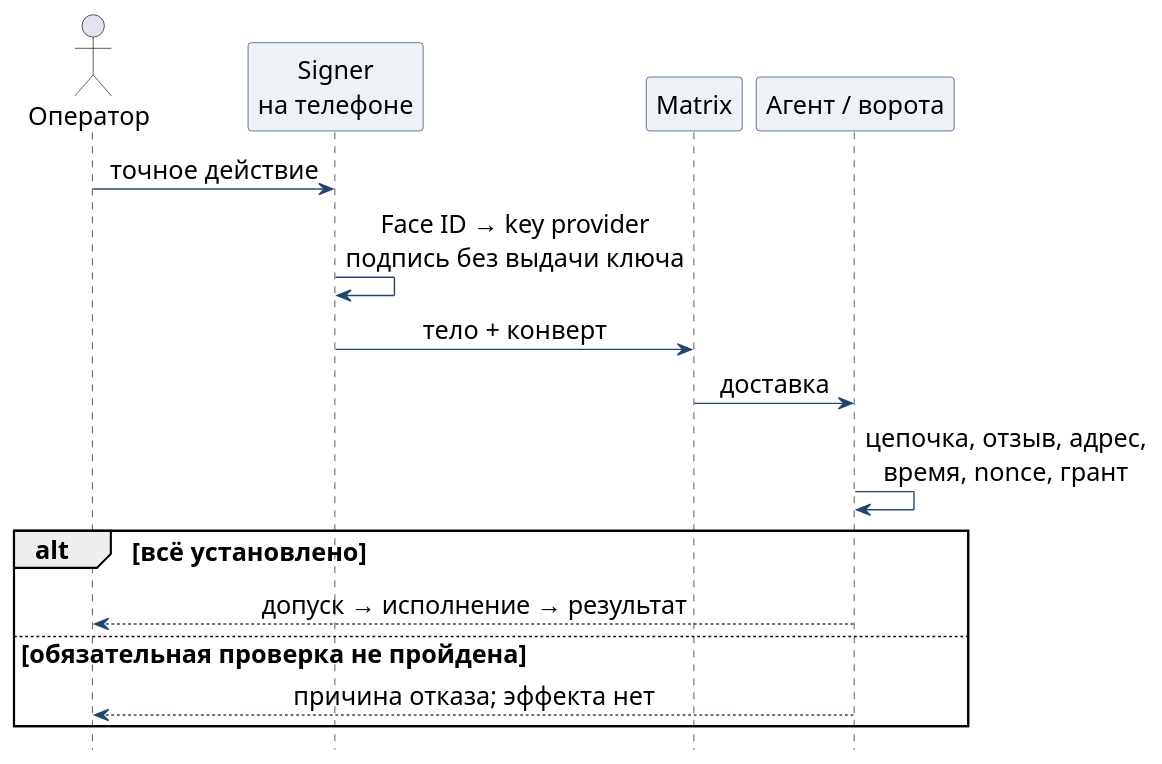
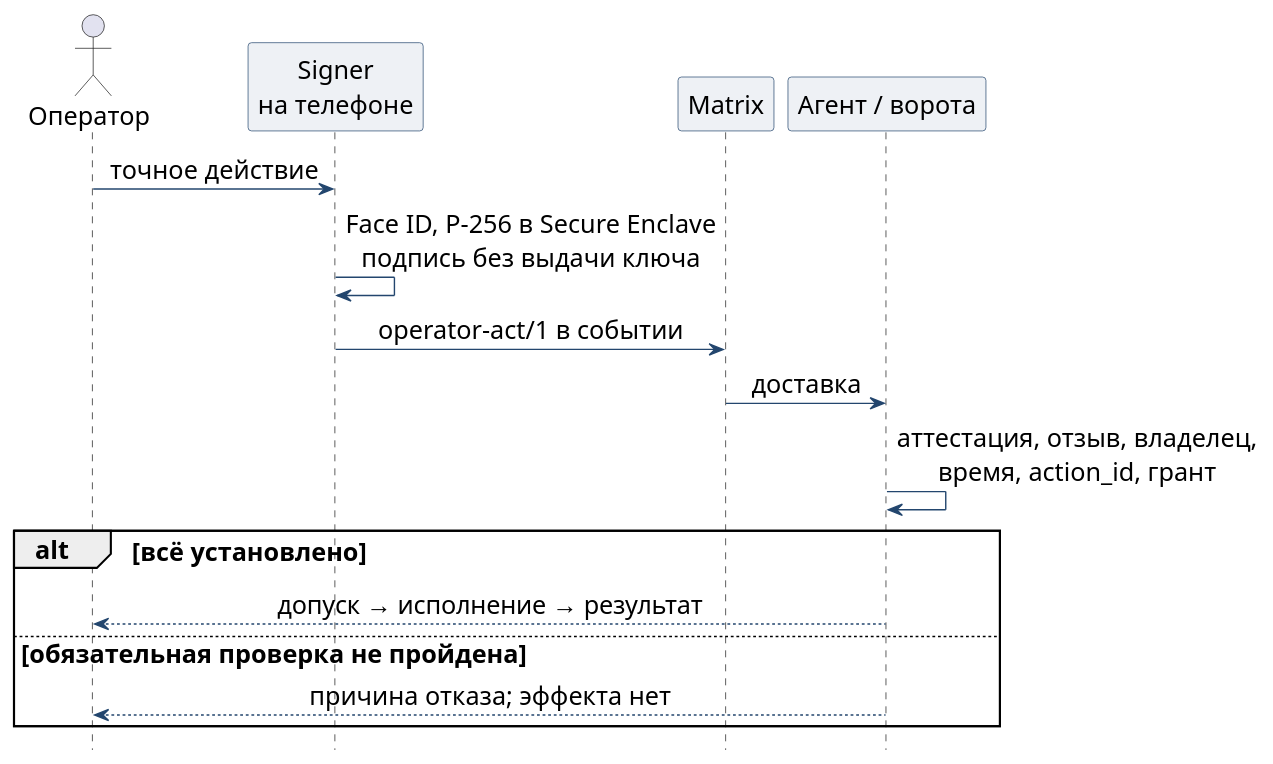
One commit to relux-works/swarma-docs changed the diagram in editorial/notes/signing-auth/src/phone-command.puml. Above: the diagram before and after it, drawn with PlantUML. The commit also changed 35 other files, not shown here.

```diff
--- a/editorial/notes/signing-auth/src/phone-command.puml
+++ b/editorial/notes/signing-auth/src/phone-command.puml
@@ -1,24 +1,24 @@
 @startuml
 skinparam defaultFontName PT Sans
 skinparam defaultFontSize 18
 skinparam sequenceMessageAlign center
 skinparam shadowing false
 skinparam ParticipantBackgroundColor #eef1f5
 skinparam ParticipantBorderColor #23466e
 skinparam ArrowColor #23466e
 hide footbox
 actor Оператор as person
 participant "Signer\nна телефоне" as signer
 participant Matrix as matrix
 participant "Агент / ворота" as verifier
 person -> signer : точное действие
-signer -> signer : Face ID → key provider\nподпись без выдачи ключа
-signer -> matrix : тело + конверт
+signer -> signer : Face ID, P-256 в Secure Enclave\nподпись без выдачи ключа
+signer -> matrix : operator-act/1 в событии
 matrix -> verifier : доставка
-verifier -> verifier : цепочка, отзыв, адрес,\nвремя, nonce, грант
+verifier -> verifier : аттестация, отзыв, владелец,\nвремя, action_id, грант
 alt всё установлено
 verifier --> person : допуск → исполнение → результат
 else обязательная проверка не пройдена
 verifier --> person : причина отказа; эффекта нет
 end
 @enduml
```
